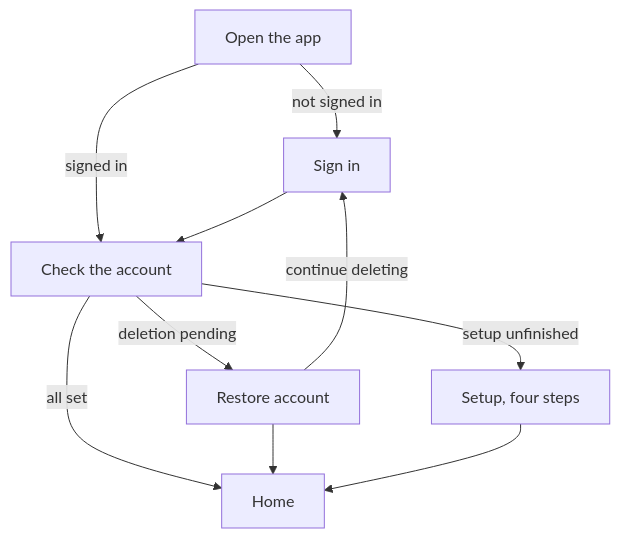
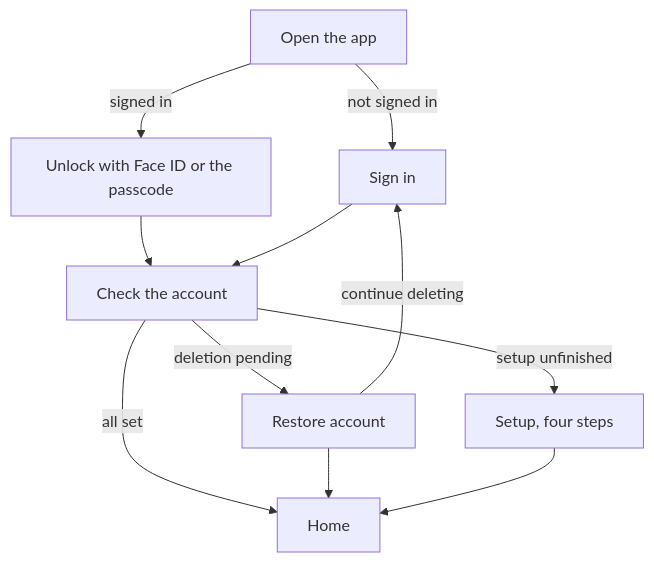
The first of 2 diagrams in apps/ios/README.md (ravialdyh/my-money-recap-monorepo), drawn with Mermaid before and after one commit. The commit also changed other lines of this file and 18 other files, not shown here.

First line of the commit message:
feat: release the session only after Face ID or the passcode (#269)

````diff
--- a/apps/ios/README.md
+++ b/apps/ios/README.md
@@ -11,18 +11,20 @@
 ```mermaid
 flowchart TD
     open["Open the app"]
     signin["Sign in"]
+    unlock["Unlock with Face ID or the passcode"]
     check["Check the account"]
     restore["Restore account"]
     setup["Setup, four steps"]
     home["Home"]
     open -- "not signed in" --> signin
-    open -- "signed in" --> check
+    open -- "signed in" --> unlock
+    unlock --> check
     signin --> check
     check -- "deletion pending" --> restore
     check -- "setup unfinished" --> setup
     check -- "all set" --> home
     restore --> home
     restore -- "continue deleting" --> signin
     setup --> home
 ```
````
